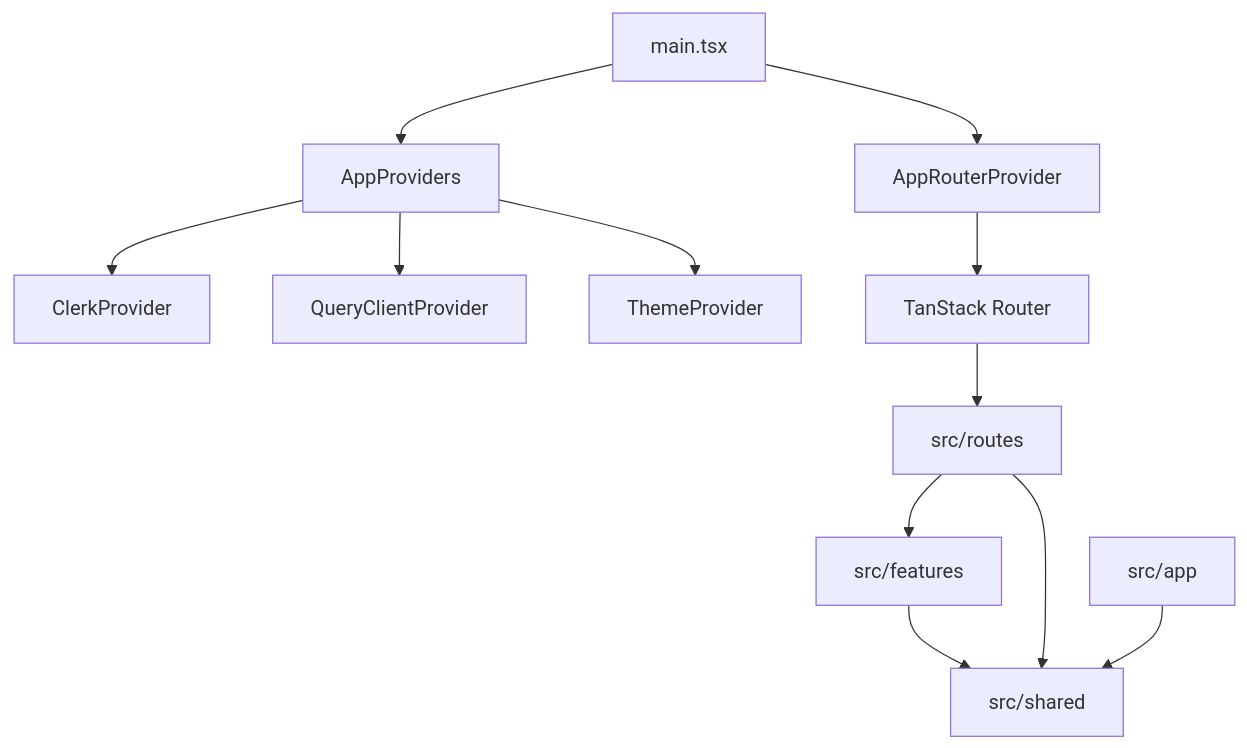
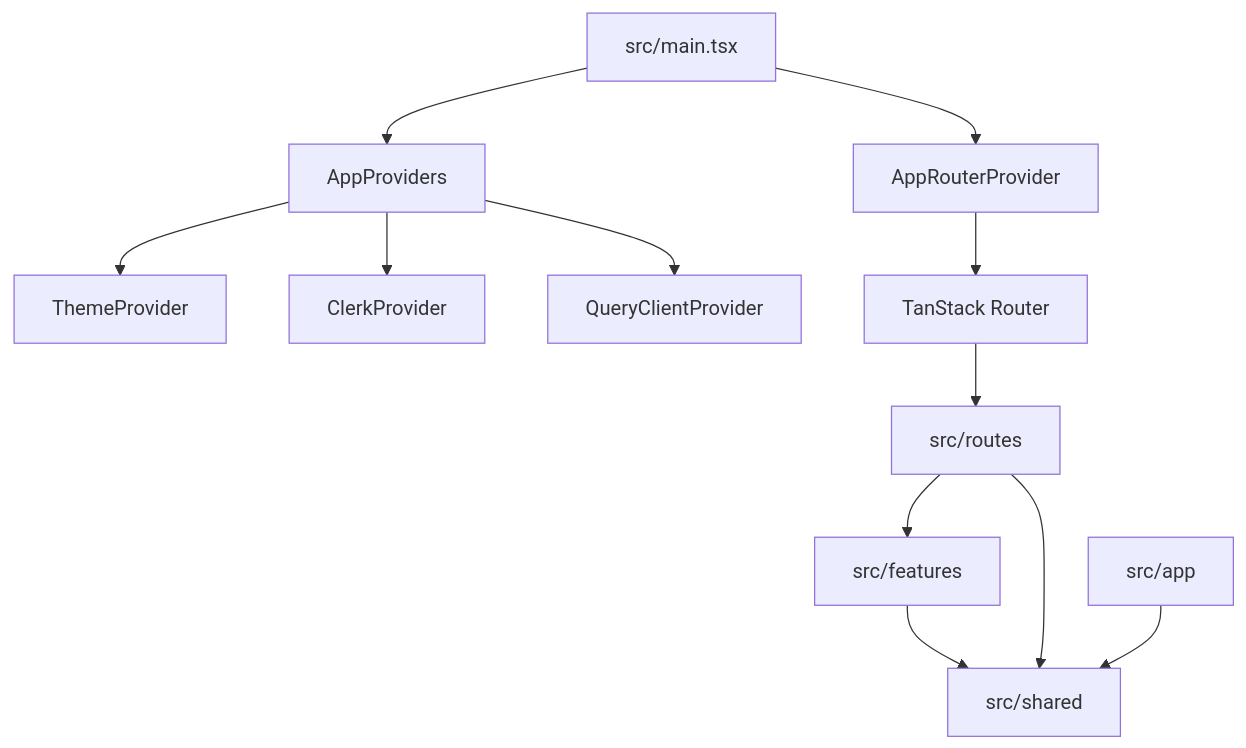
One commit to thehermitdev/dummyjson-example changed the first of 2 diagrams in docs/00.project-init.md. Above: the diagram before and after it, drawn with Mermaid. The commit also changed other lines of this file, not shown here.

Commit message:
docs: reconcile project foundation roadmap

````diff
--- a/docs/00.project-init.md
+++ b/docs/00.project-init.md
@@ -33,14 +83,16 @@
 ```mermaid
 graph TD
-    MAIN[main.tsx] --> PROVIDERS[AppProviders]
+    MAIN[src/main.tsx] --> PROVIDERS[AppProviders]
+    MAIN --> ROUTER_PROVIDER[AppRouterProvider]
+
+    PROVIDERS --> THEME[ThemeProvider]
     PROVIDERS --> CLERK[ClerkProvider]
-    PROVIDERS --> QUERY[QueryClientProvider]
-    PROVIDERS --> THEME[ThemeProvider]
-    MAIN --> ROUTER_PROVIDER[AppRouterProvider]
+    PROVIDERS --> QUERY_PROVIDER[QueryClientProvider]
+
     ROUTER_PROVIDER --> ROUTER[TanStack Router]
     ROUTER --> ROUTES[src/routes]
     ROUTES --> FEATURES[src/features]
     FEATURES --> SHARED[src/shared]
     ROUTES --> SHARED
     APP[src/app] --> SHARED
 ```
````
